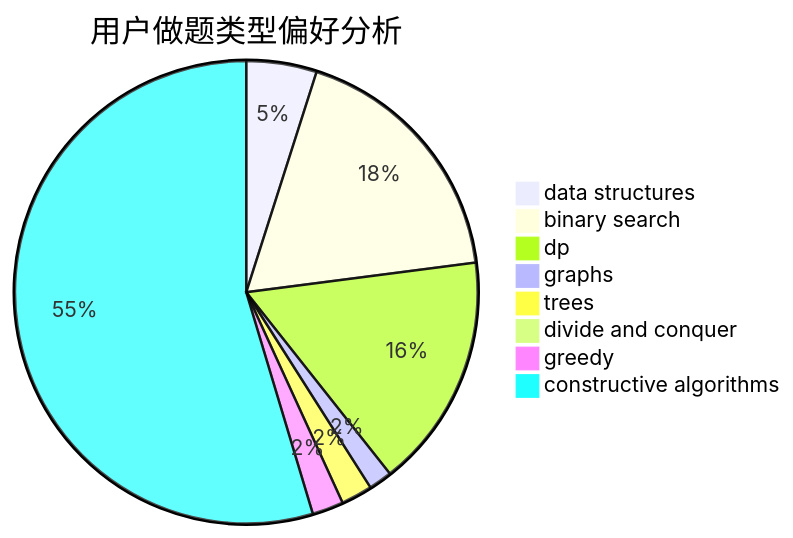
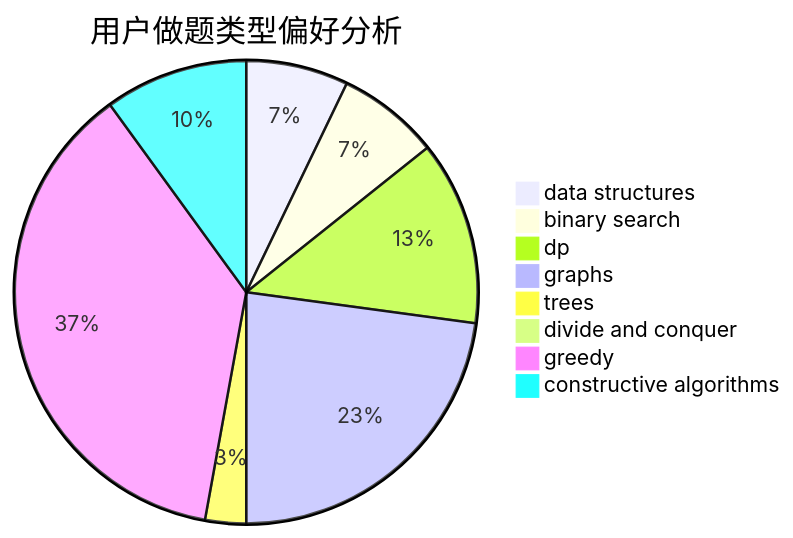
The second of 3 diagrams in docs/user/u1006.md (sherpahu/cfrs.github.io), drawn with Mermaid before and after one commit. The commit also changed other lines of this file and 2770 other files, not shown here.

````diff
--- a/docs/user/u1006.md
+++ b/docs/user/u1006.md
@@ -23,11 +23,11 @@
 ```mermaid
 pie title 用户做题类型偏好分析
-    "data structures" :  9
-    "binary search" :  33
-    "dp" :  30
-    "graphs" :  3
-    "trees" :  4
+    "data structures" :  5
+    "binary search" :  5
+    "dp" :  9
+    "graphs" :  16
+    "trees" :  2
     "divide and conquer" :  0
-    "greedy" :  4
-    "constructive algorithms" :  100
+    "greedy" :  26
+    "constructive algorithms" :  7
 ```
````
